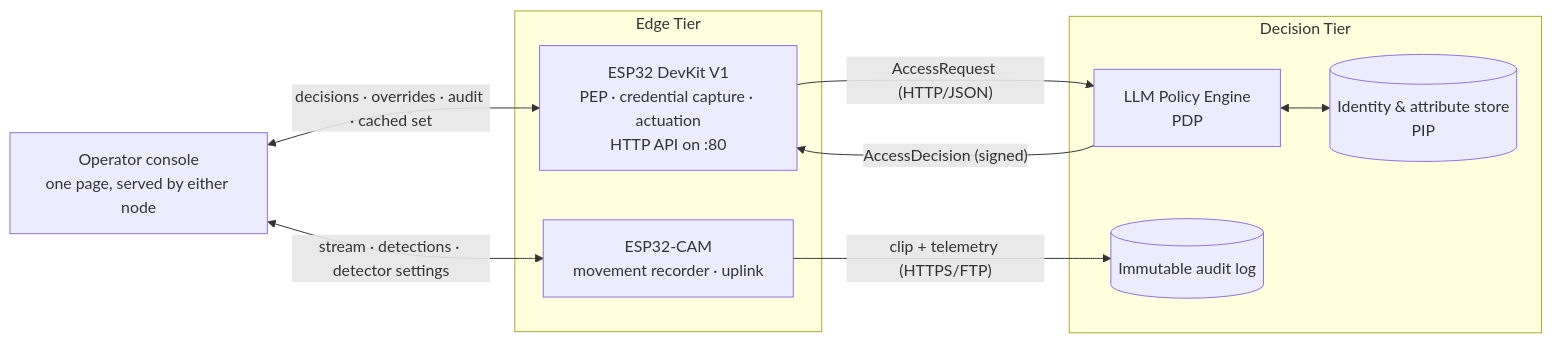
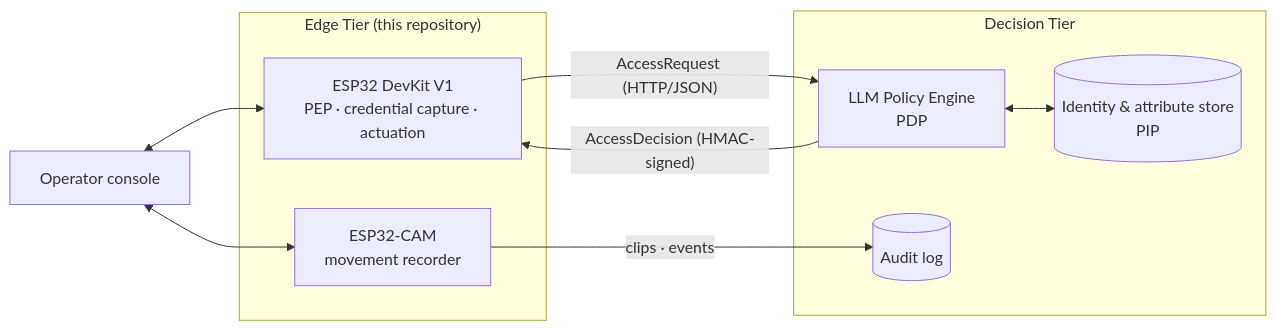
The first of 2 diagrams in README.md (CICTHackathon/iot-hardware), drawn with Mermaid before and after one commit. The commit also changed other lines of this file and 3 other files, not shown here.

````diff
--- a/README.md
+++ b/README.md
@@ -36,22 +32,22 @@
 ```mermaid
 flowchart LR
-    subgraph Edge["Edge Tier"]
-        A["ESP32 DevKit V1<br/>PEP · credential capture · actuation<br/>HTTP API on :80"]
-        C["ESP32-CAM<br/>movement recorder · uplink"]
+    subgraph Edge["Edge Tier (this repository)"]
+        A["ESP32 DevKit V1<br/>PEP · credential capture · actuation"]
+        C["ESP32-CAM<br/>movement recorder"]
     end
 
     subgraph Cloud["Decision Tier"]
         P["LLM Policy Engine<br/>PDP"]
         D[("Identity & attribute store<br/>PIP")]
-        L[("Immutable audit log")]
+        L[("Audit log")]
     end
 
-    W["Operator console<br/>one page, served by either node"]
+    W["Operator console"]
 
     A -- "AccessRequest (HTTP/JSON)" --> P
-    P -- "AccessDecision (signed)" --> A
-    C -- "clip + telemetry (HTTPS/FTP)" --> L
-    W <-- "decisions · overrides · audit · cached set" --> A
-    W <-- "stream · detections · detector settings" --> C
+    P -- "AccessDecision (HMAC-signed)" --> A
+    C -- "clips · events" --> L
+    W <--> A
+    W <--> C
     P <--> D
 ```
````
